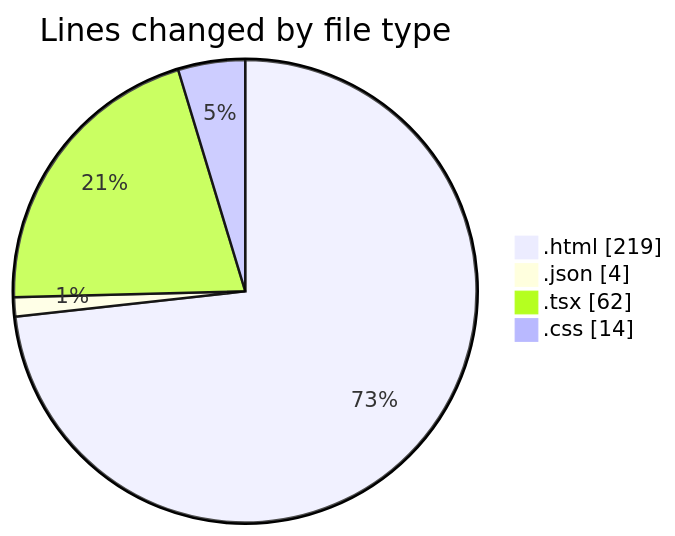
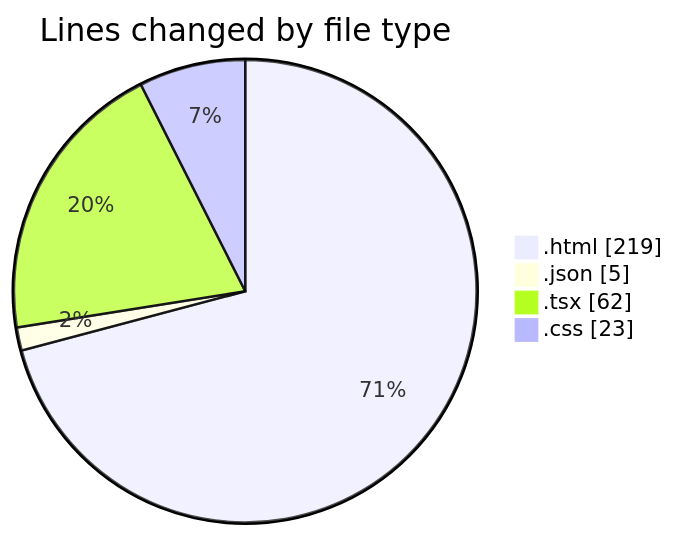
The first of 2 diagrams in 2025-06-25/scopecraft/README.md (Ritupan-Deka/code-tracking), drawn with Mermaid before and after one commit. The commit also changed other lines of this file and 1 other file, not shown here.

````diff
--- a/2025-06-25/scopecraft/README.md
+++ b/2025-06-25/scopecraft/README.md
@@ -23,8 +24,8 @@
 ```mermaid
 pie showData
 title Lines changed by file type
 ".html" : 219
-".json" : 4
+".json" : 5
 ".tsx" : 62
-".css" : 14
+".css" : 23
 ```
````
